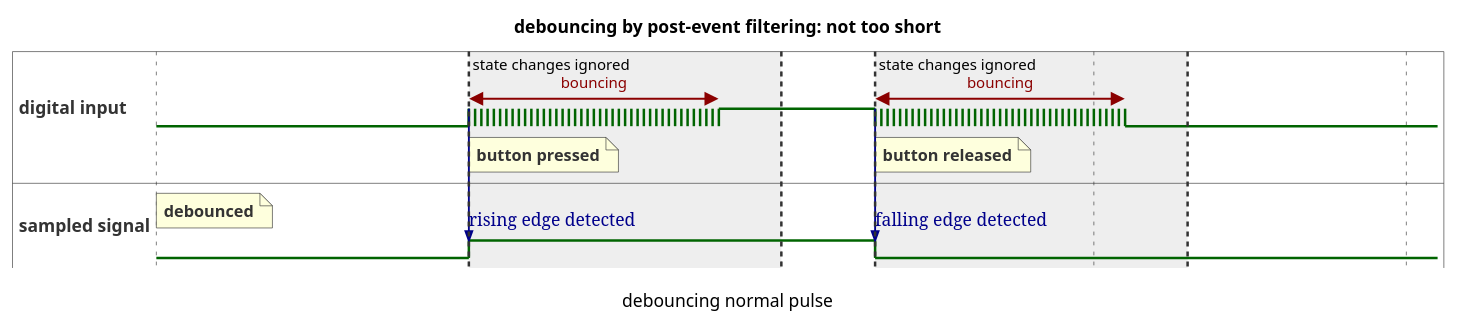
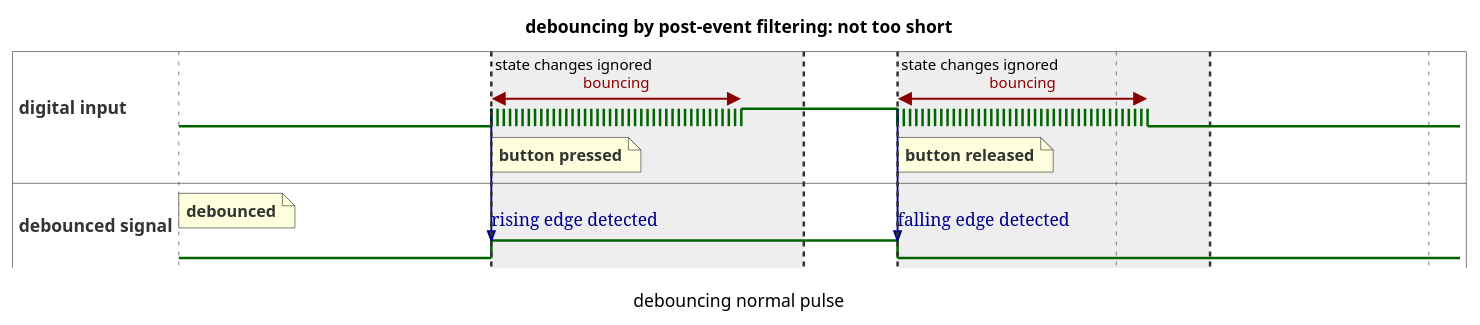
The diagram in lib/3rd_party_adapters/FreeRTOS/bouncing-classic-normal.puml (dhebbeker/task-tracker), drawn with PlantUML before and after one commit. The commit also changed 4 other files, not shown here.

```diff
--- a/lib/3rd_party_adapters/FreeRTOS/bouncing-classic-normal.puml
+++ b/lib/3rd_party_adapters/FreeRTOS/bouncing-classic-normal.puml
@@ -1,33 +1,33 @@
 @startuml
 title debouncing by post-event filtering: not too short
 caption debouncing normal pulse
 hide time-axis
 scale 1 as 250 pixels
 binary "digital input" as D
-binary "sampled signal" as B
+binary "debounced signal" as B
 
 @0
 D is low
 note top of B : debounced
 B is low
 @+1
 D is {low,high}
 note bottom of D : button pressed
 D@+0 <-> @+0.8 : bouncing
 D -> B : rising edge detected
 highlight +0 to +1 : state changes ignored
 B is high
 @+0.8
 D is high
 @+0.5
 D is {low,high}
 note bottom of D : button released
 D -> B : falling edge detected
 D@+0 <-> @+0.8 : bouncing
 highlight +0 to +1 : state changes ignored
 B is low
 @+0.8
 D is low
 
 
 @enduml
```
